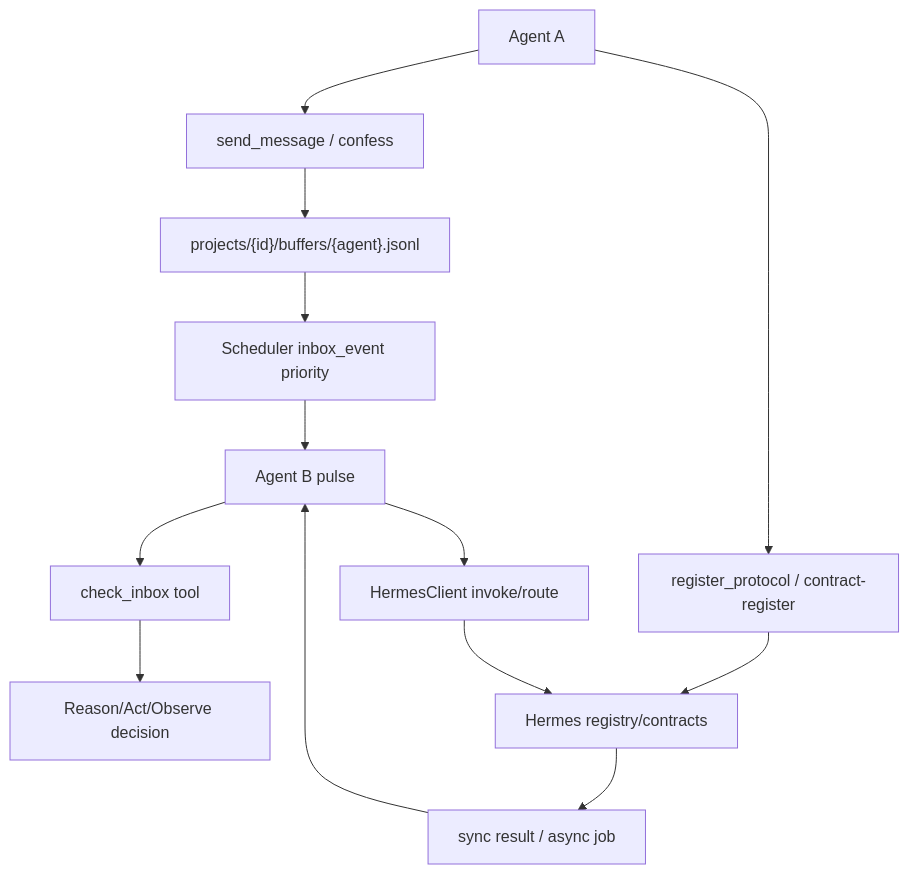
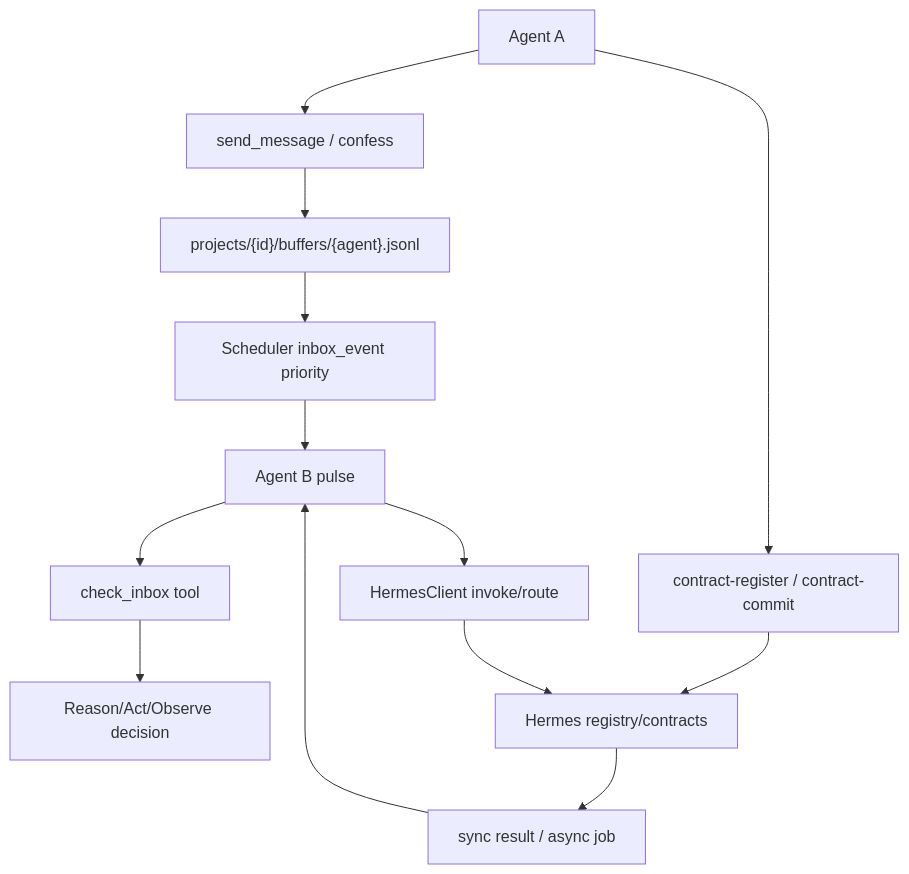
One commit to Lands54/Pantheon changed diagram 16 of 26 in docs/ARCHITECTURE_MERMAID.md. Above: the diagram before and after it, drawn with Mermaid. The commit also changed other lines of this file and 89 other files, not shown here.

Commit message:
refactor: remove compatibility tracks and align docs to single-track architecture

````diff
--- a/docs/ARCHITECTURE_MERMAID.md
+++ b/docs/ARCHITECTURE_MERMAID.md
@@ -241,16 +240,16 @@
 ```mermaid
 flowchart TD
     A["Agent A"] --> Msg["send_message / confess"]
     Msg --> Buf["projects/{id}/buffers/{agent}.jsonl"]
     Buf --> Sch["Scheduler inbox_event priority"]
     Sch --> B["Agent B pulse"]
     B --> Inbox["check_inbox tool"]
     Inbox --> Decision["Reason/Act/Observe decision"]
 
-    A --> Prot["register_protocol / contract-register"]
+    A --> Prot["contract-register / contract-commit"]
     Prot --> Hermes["Hermes registry/contracts"]
     B --> Call["HermesClient invoke/route"]
     Call --> Hermes
     Hermes --> Result["sync result / async job"]
     Result --> B
 ```
````
